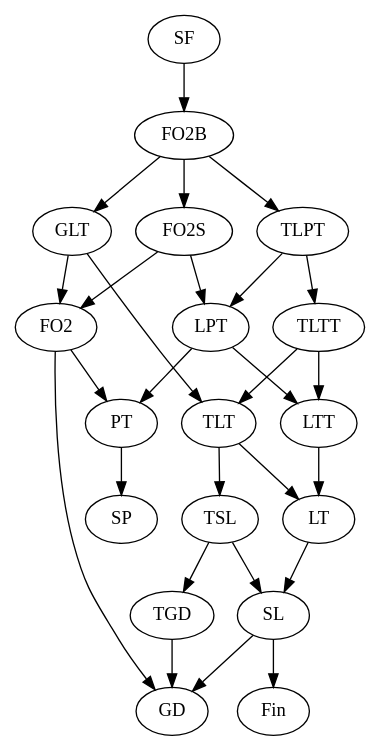
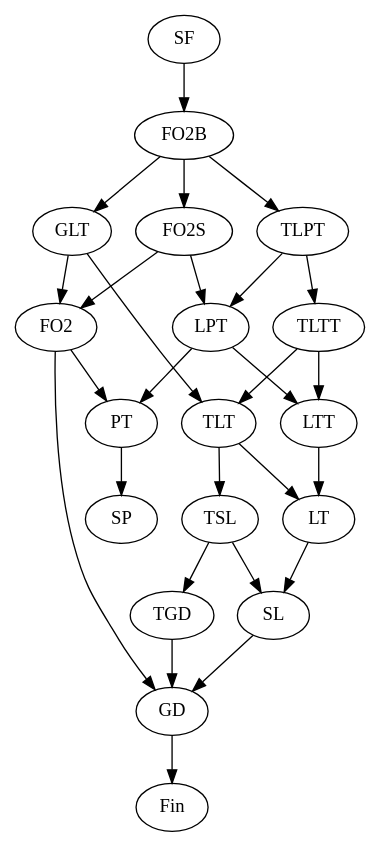
One commit to vvulpes0/Language-Toolkit-2 changed the diagram in hierarchy.dot. Above: the diagram before and after it, drawn with Graphviz.

Commit message:
Fin is in GD

```diff
--- a/hierarchy.dot
+++ b/hierarchy.dot
@@ -1,28 +1,28 @@
 digraph subreg {
 SF -> FO2B;
 FO2B -> FO2S;
 FO2S -> FO2;
 FO2 -> PT;
 PT -> SP;
 LTT -> LT;
 LT -> SL;
-SL -> Fin;
 TLTT -> LTT;
 TLTT -> TLT;
 TLT -> LT;
 TLT -> TSL;
 TSL -> SL;
 FO2B -> GLT;
 GLT -> TLT;
 GLT -> FO2;
 FO2S -> LPT;
 LPT -> LTT;
 LPT -> PT;
 FO2B -> TLPT;
 TLPT -> TLTT;
 TLPT -> LPT;
 TSL -> TGD;
 TGD -> GD;
 FO2 -> GD;
 SL -> GD;
+GD -> Fin;
 }
```
